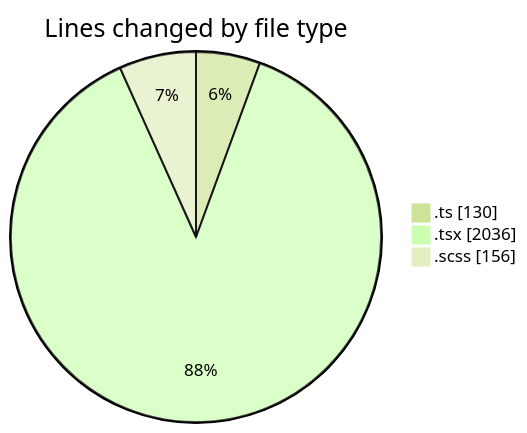
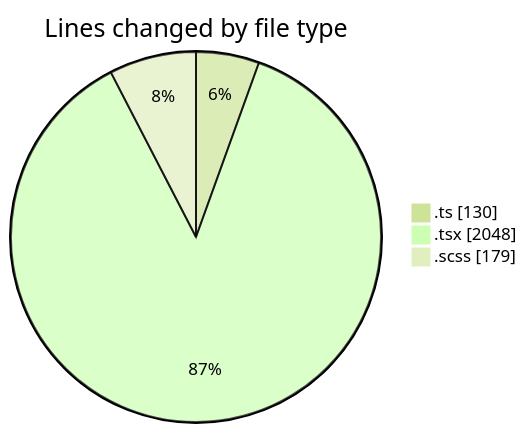
Before and after one commit to momahboobian/code-tracking: the first of 2 diagrams in 2026-11-05/cda/README.md, drawn with Mermaid (forest theme). The commit also changed other lines of this file and 1 other file, not shown here.

````diff
--- a/2026-11-05/cda/README.md
+++ b/2026-11-05/cda/README.md
@@ -29,7 +29,7 @@
 ```mermaid
 pie showData
 title Lines changed by file type
 ".ts" : 130
-".tsx" : 2036
-".scss" : 156
+".tsx" : 2048
+".scss" : 179
 ```
````
